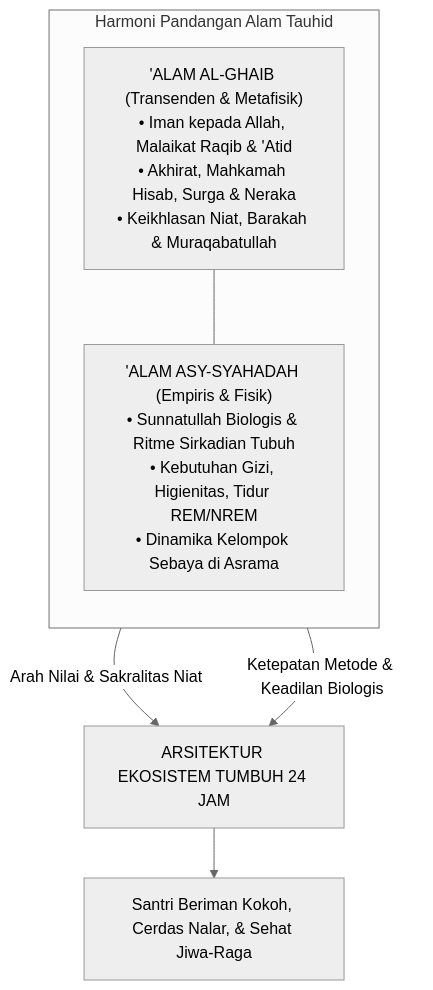
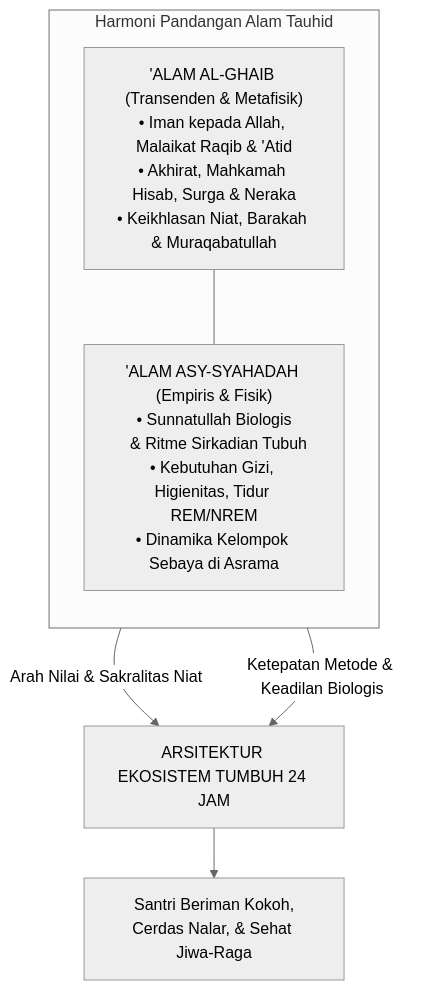
Before and after one commit to wandiapriliyandi/tumbuh: the third of 7 diagrams in BOOK Series 1/01-The-Fundamental-of-TUMBUH/Bab-02-Pandangan-Alam-Islam-sebagai-Poros-Pendidikan.md, drawn with Mermaid (neutral theme). The commit also changed other lines of this file and 37 other files, not shown here.

Commit message:
fix(book-01): optimasi pemenggalan teks dan overflow seluruh diagram serta render ulang 20 PDF

````diff
--- a/BOOK Series 1/01-The-Fundamental-of-TUMBUH/Bab-02-Pandangan-Alam-Islam-sebagai-Poros-Pendidikan.md
+++ b/BOOK Series 1/01-The-Fundamental-of-TUMBUH/Bab-02-Pandangan-Alam-Islam-sebagai-Poros-Pendidikan.md
@@ -115,14 +115,14 @@
 ```mermaid
 graph TD
     subgraph DUA_REALITAS_ISLAM["Harmoni Pandangan Alam Tauhid"]
         direction TB
         G["'ALAM AL-GHAIB (Transenden & Metafisik)<br/>• Iman kepada Allah, Malaikat Raqib & 'Atid<br/>• Akhirat, Mahkamah Hisab, Surga & Neraka<br/>• Keikhlasan Niat, Barakah & Muraqabatullah"]
-        S["'ALAM ASY-SYAHADAH (Empiris & Fisik)<br/>• Sunnatullah Biologis & Ritme Sirkadian Tubuh<br/>• Kebutuhan Gizi, Higienitas, Tidur REM/NREM<br/>• Dinamika Kelompok Sebaya di Asrama"]
+        S["'ALAM ASY-SYAHADAH (Empiris & Fisik)<br/>• Sunnatullah Biologis<br/>  & Ritme Sirkadian Tubuh<br/>• Kebutuhan Gizi, Higienitas, Tidur REM/NREM<br/>• Dinamika Kelompok Sebaya di Asrama"]
         G --- S
     end
 
     G -->|Arah Nilai & Sakralitas Niat| T["ARSITEKTUR EKOSISTEM TUMBUH 24 JAM"]
     S -->|Ketepatan Metode & Keadilan Biologis| T
 
-    T --> HASIL["Santri Beriman Kokoh, Cerdas Nalar, & Sehat Jiwa-Raga"]
+    T --> HASIL["Santri Beriman Kokoh,<br/>Cerdas Nalar, & Sehat Jiwa-Raga"]
 ```
````
